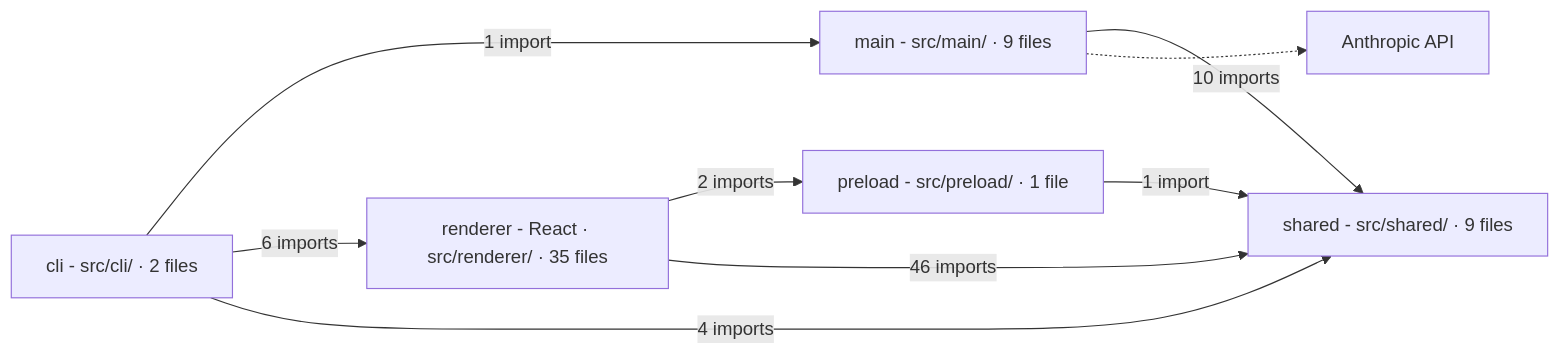
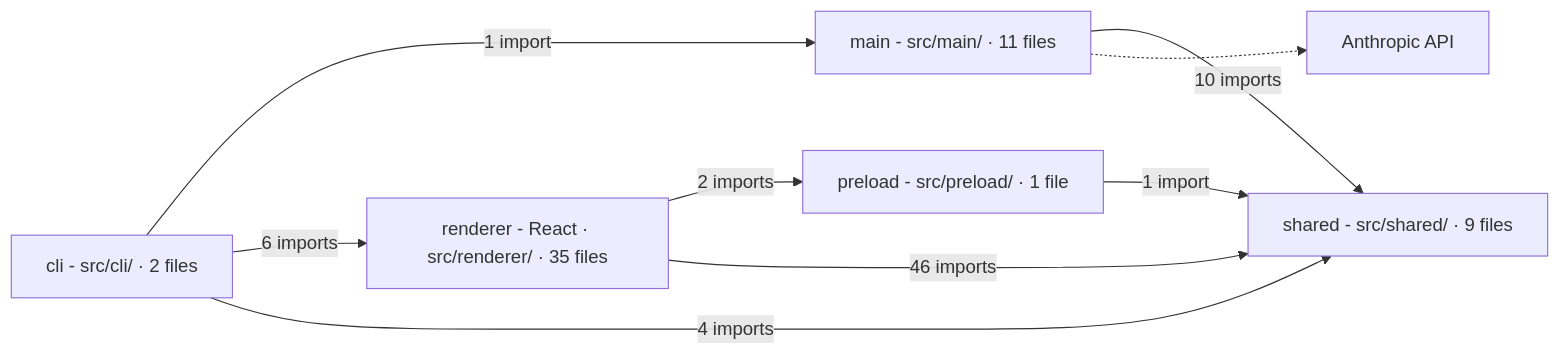
One commit to Sarthak-47/crtgrphr changed the diagram in docs/architecture.md. Above: the diagram before and after it, drawn with Mermaid. The commit also changed 24 other files, not shown here.

````diff
--- a/docs/architecture.md
+++ b/docs/architecture.md
@@ -3,20 +3,20 @@
 ```mermaid
 flowchart LR
   dir_src_cli["cli - src/cli/ · 2 files"]
-  dir_src_main["main - src/main/ · 9 files"]
+  dir_src_main["main - src/main/ · 11 files"]
   dir_src_preload["preload - src/preload/ · 1 file"]
   dir_src_renderer["renderer - React · src/renderer/ · 35 files"]
   dir_src_shared["shared - src/shared/ · 9 files"]
   anthropic_api["Anthropic API"]
   dir_src_cli -->|"1 import"| dir_src_main
   dir_src_cli -->|"6 imports"| dir_src_renderer
   dir_src_cli -->|"4 imports"| dir_src_shared
   dir_src_main -->|"10 imports"| dir_src_shared
   dir_src_preload -->|"1 import"| dir_src_shared
   dir_src_renderer -->|"2 imports"| dir_src_preload
   dir_src_renderer -->|"46 imports"| dir_src_shared
   dir_src_main -.-> anthropic_api
   class dir_src_cli,dir_src_main,dir_src_preload,dir_src_shared backend
   class dir_src_renderer frontend
   class anthropic_api service
 ```
````
